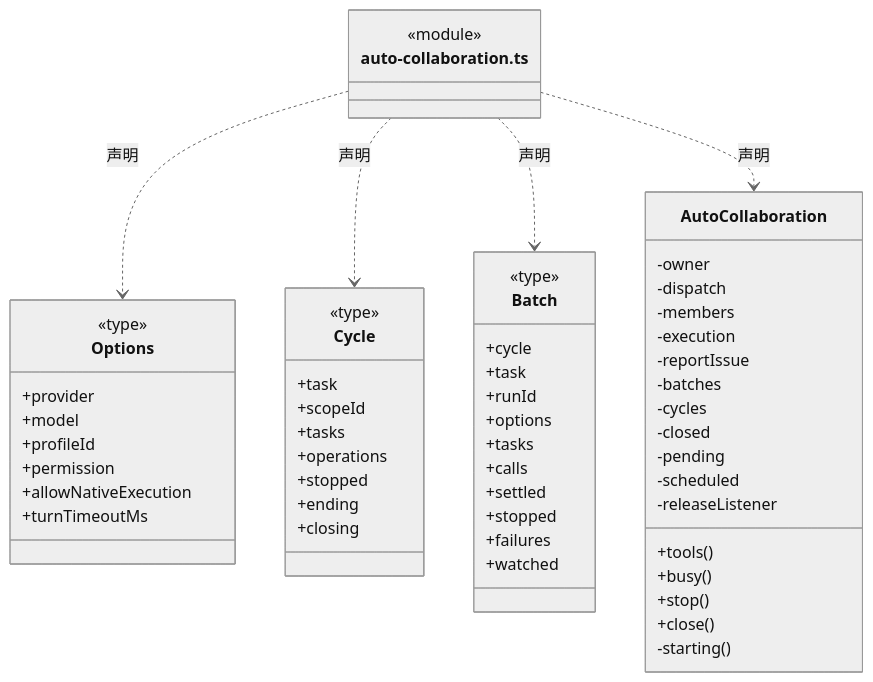
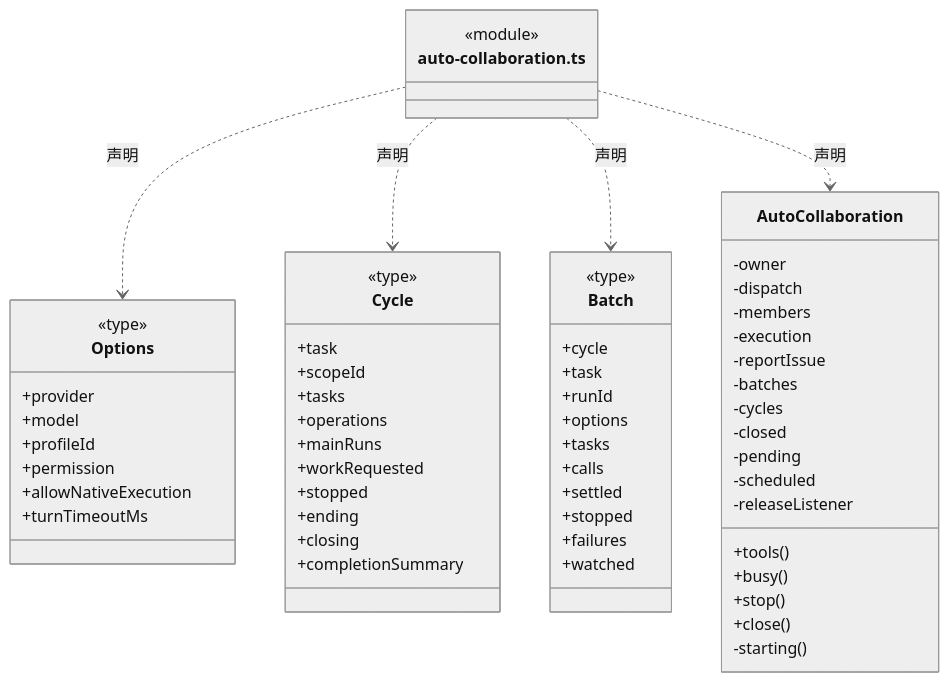
The second of 28 diagrams in src/backend/scheduler-engine/execution/ARCHITECTURE.md (nan023062/cbim), drawn with Mermaid (neutral theme) before and after one commit. The commit also changed other lines of this file and 36 other files, not shown here.

````diff
--- a/src/backend/scheduler-engine/execution/ARCHITECTURE.md
+++ b/src/backend/scheduler-engine/execution/ARCHITECTURE.md
@@ -42,60 +43,63 @@
 ```mermaid
 classDiagram
 class N_src_backend_scheduler_engine_execution_auto_collaboration_ts["auto-collaboration.ts"] {
   <<module>>
 }
 class N_src_backend_scheduler_engine_execution_auto_collaboration_ts_Options["Options"] {
   <<type>>
   +provider
   +model
   +profileId
   +permission
   +allowNativeExecution
   +turnTimeoutMs
 }
 N_src_backend_scheduler_engine_execution_auto_collaboration_ts ..> N_src_backend_scheduler_engine_execution_auto_collaboration_ts_Options : 声明
 class N_src_backend_scheduler_engine_execution_auto_collaboration_ts_Cycle["Cycle"] {
   <<type>>
   +task
   +scopeId
   +tasks
   +operations
+  +mainRuns
+  +workRequested
   +stopped
   +ending
   +closing
+  +completionSummary
 }
 N_src_backend_scheduler_engine_execution_auto_collaboration_ts ..> N_src_backend_scheduler_engine_execution_auto_collaboration_ts_Cycle : 声明
 class N_src_backend_scheduler_engine_execution_auto_collaboration_ts_Batch["Batch"] {
   <<type>>
   +cycle
   +task
   +runId
   +options
   +tasks
   +calls
   +settled
   +stopped
   +failures
   +watched
 }
 N_src_backend_scheduler_engine_execution_auto_collaboration_ts ..> N_src_backend_scheduler_engine_execution_auto_collaboration_ts_Batch : 声明
 class N_src_backend_scheduler_engine_execution_auto_collaboration_ts_AutoCollaboration["AutoCollaboration"] {
   +tools()
   +busy()
   +stop()
   +close()
   -owner
   -dispatch
   -members
   -execution
   -reportIssue
   -batches
   -cycles
   -closed
   -pending
   -scheduled
   -releaseListener
   -starting()
 }
 N_src_backend_scheduler_engine_execution_auto_collaboration_ts ..> N_src_backend_scheduler_engine_execution_auto_collaboration_ts_AutoCollaboration : 声明
 ```
````
